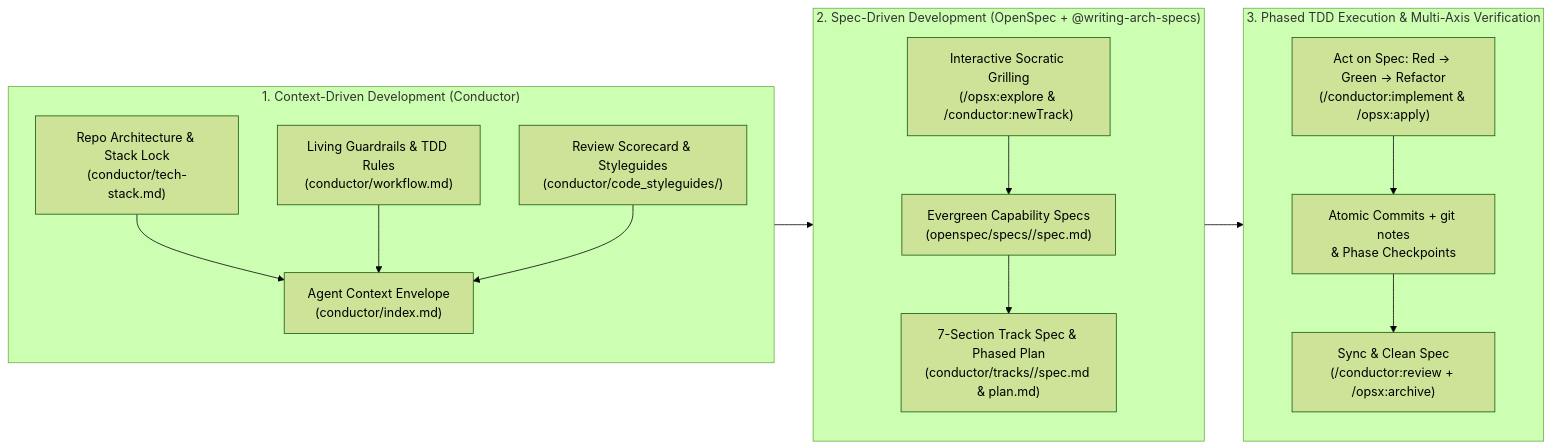
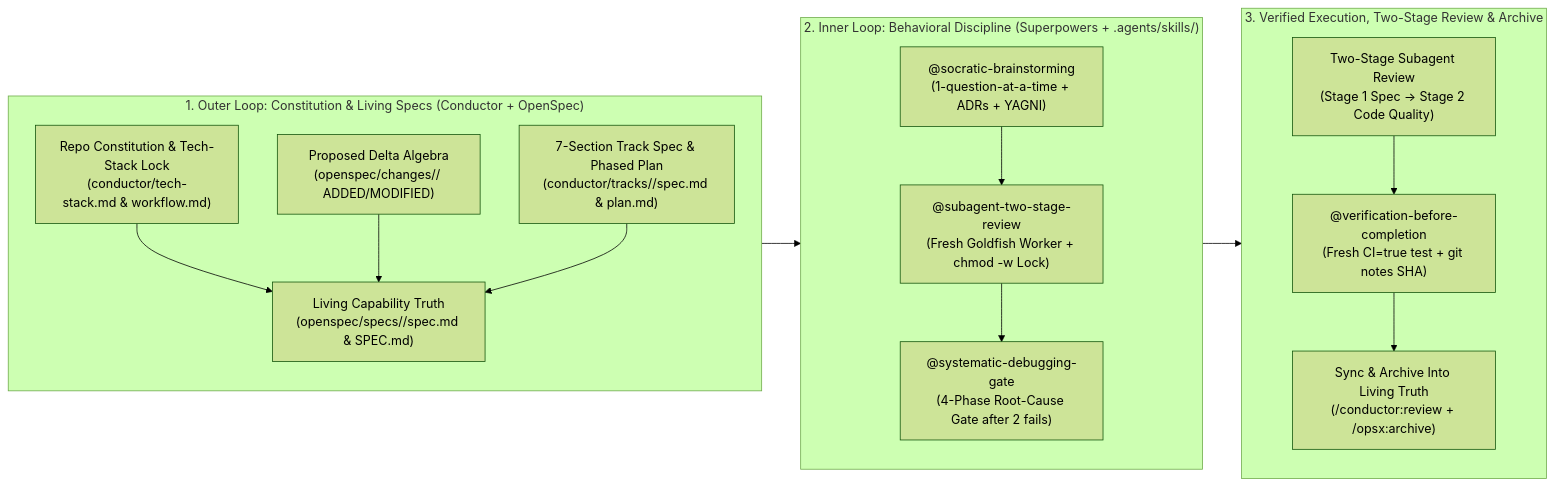
The diagram in README.md (adkaspar-google/sdd-course), drawn with Mermaid (forest theme) before and after one commit. The commit also changed other lines of this file and 18 other files, not shown here.

Commit message:
feat: integrate Outer-Loop SDD (Conductor + OpenSpec + SPEC.md) with Inner-Loop Superpowers behavioral skills

````diff
--- a/README.md
+++ b/README.md
@@ -58,24 +62,24 @@
 ```mermaid
 flowchart LR
-    subgraph CDD["1. Context-Driven Development (Conductor)"]
+    subgraph CDD["1. Outer Loop: Constitution & Living Specs (Conductor + OpenSpec)"]
         direction TB
-        A1["Repo Architecture & Stack Lock\n(conductor/tech-stack.md)"] --> A4["Agent Context Envelope\n(conductor/index.md)"]
-        A2["Living Guardrails & TDD Rules\n(conductor/workflow.md)"] --> A4
-        A3["Review Scorecard & Styleguides\n(conductor/code_styleguides/)"] --> A4
+        A1["Repo Constitution & Tech-Stack Lock\n(conductor/tech-stack.md & workflow.md)"] --> A4["Living Capability Truth\n(openspec/specs/<cap>/spec.md & SPEC.md)"]
+        A2["Proposed Delta Algebra\n(openspec/changes/<id>/ ADDED/MODIFIED)"] --> A4
+        A3["7-Section Track Spec & Phased Plan\n(conductor/tracks/<id>/spec.md & plan.md)"] --> A4
     end
 
-    subgraph SDD["2. Spec-Driven Development (OpenSpec + @writing-arch-specs)"]
+    subgraph INNER["2. Inner Loop: Behavioral Discipline (Superpowers + .agents/skills/)"]
         direction TB
-        B1["Interactive Socratic Grilling\n(/opsx:explore & /conductor:newTrack)"] --> B2["Evergreen Capability Specs\n(openspec/specs/<cap>/spec.md)"]
-        B2 --> B3["7-Section Track Spec & Phased Plan\n(conductor/tracks/<id>/spec.md & plan.md)"]
+        B1["@socratic-brainstorming\n(1-question-at-a-time + ADRs + YAGNI)"] --> B2["@subagent-two-stage-review\n(Fresh Goldfish Worker + chmod -w Lock)"]
+        B2 --> B3["@systematic-debugging-gate\n(4-Phase Root-Cause Gate after 2 fails)"]
     end
 
-    subgraph EXEC["3. Phased TDD Execution & Multi-Axis Verification"]
+    subgraph EXEC["3. Verified Execution, Two-Stage Review & Archive"]
         direction TB
-        C1["Act on Spec: Red -> Green -> Refactor\n(/conductor:implement & /opsx:apply)"] --> C2["Atomic Commits + git notes\n& Phase Checkpoints"]
-        C2 --> C3["Sync & Clean Spec\n(/conductor:review + /opsx:archive)"]
+        C1["Two-Stage Subagent Review\n(Stage 1 Spec -> Stage 2 Code Quality)"] --> C2["@verification-before-completion\n(Fresh CI=true test + git notes SHA)"]
+        C2 --> C3["Sync & Archive Into Living Truth\n(/conductor:review + /opsx:archive)"]
     end
 
-    CDD --> SDD
-    SDD --> EXEC
+    CDD --> INNER
+    INNER --> EXEC
 ```
````
